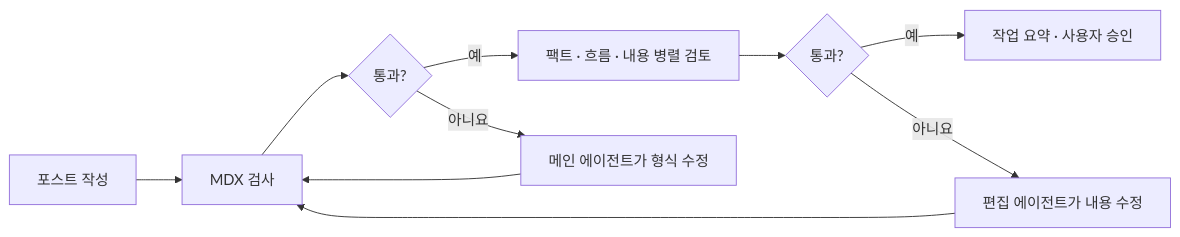
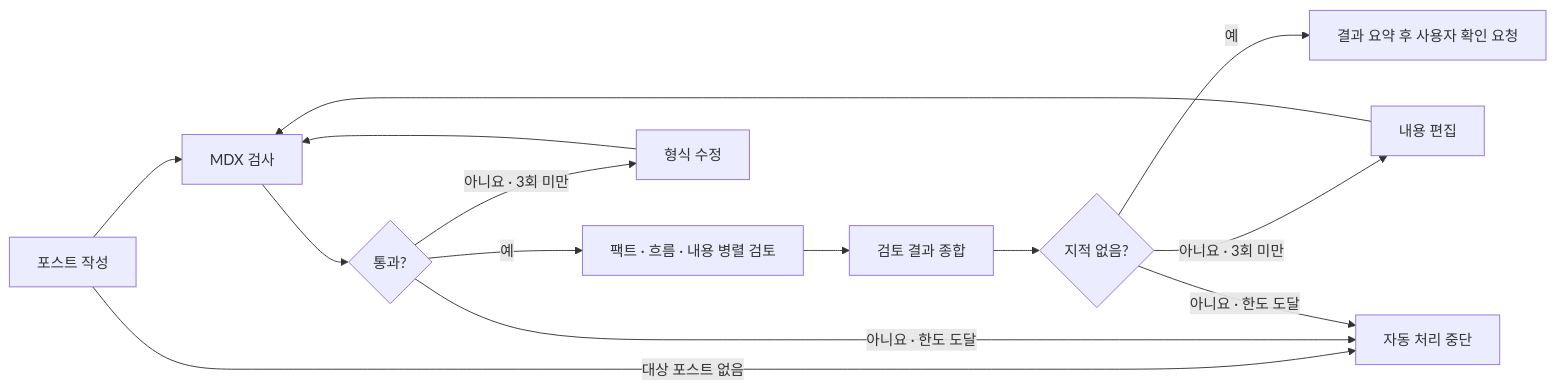
Before and after one commit to wonseok-han/my-blog: the third of 3 diagrams in contents/blog-posts/22-엔지니어링-뭐-이론은-알겠고-실전에서는-어떻게-쓸까.mdx, drawn with Mermaid. The commit also changed other lines of this file, not shown here.

````diff
--- a/contents/blog-posts/22-엔지니어링-뭐-이론은-알겠고-실전에서는-어떻게-쓸까.mdx
+++ b/contents/blog-posts/22-엔지니어링-뭐-이론은-알겠고-실전에서는-어떻게-쓸까.mdx
@@ -378,13 +440,17 @@
 ```mermaid
 flowchart LR
     A["포스트 작성"] --> B["MDX 검사"]
+    A -- "대상 포스트 없음" --> J["자동 처리 중단"]
     B --> C{"통과?"}
     C -- "예" --> D["팩트 · 흐름 · 내용 병렬 검토"]
-    D --> E{"통과?"}
-    E -- "예" --> F["작업 요약 · 사용자 승인"]
+    D --> E["검토 결과 종합"]
+    E --> F{"지적 없음?"}
+    F -- "예" --> G["결과 요약 후 사용자 확인 요청"]
 
-    C -- "아니요" --> G["메인 에이전트가 형식 수정"]
-    G --> B
-    E -- "아니요" --> H["편집 에이전트가 내용 수정"]
+    C -- "아니요 · 3회 미만" --> H["형식 수정"]
     H --> B
+    C -- "아니요 · 한도 도달" --> J
+    F -- "아니요 · 3회 미만" --> I["내용 편집"]
+    I --> B
+    F -- "아니요 · 한도 도달" --> J
 ```
````
